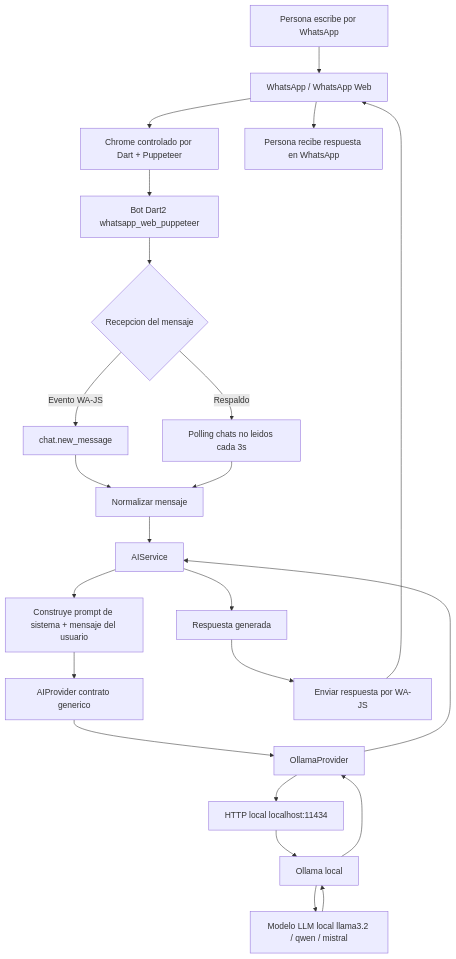
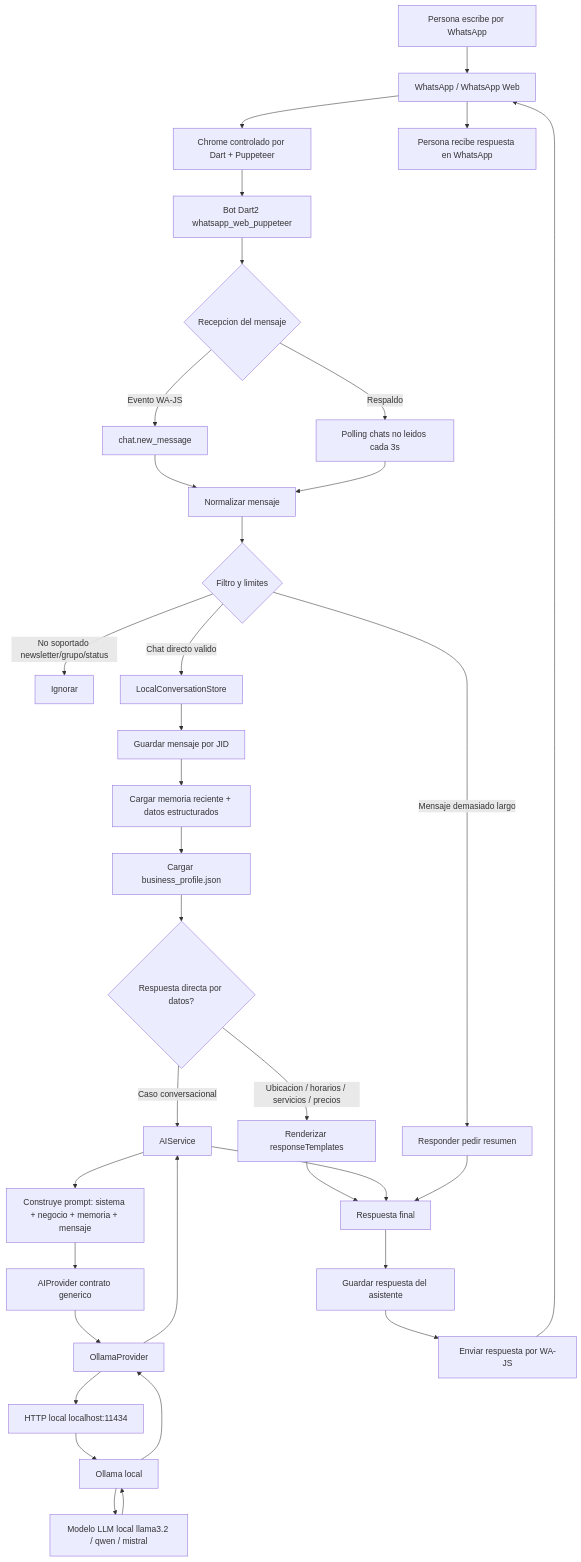
One commit to kei-kusanagi/Bot-Assistant-Workshop changed the first of 3 diagrams in Dart2/DOCS/AI_WHATSAPP_FLOW_DIAGRAM.md. Above: the diagram before and after it, drawn with Mermaid. The commit also changed other lines of this file and 2 other files, not shown here.

First line of the commit message:
docs(dart2): update WhatsApp AI memory diagrams

````diff
--- a/Dart2/DOCS/AI_WHATSAPP_FLOW_DIAGRAM.md
+++ b/Dart2/DOCS/AI_WHATSAPP_FLOW_DIAGRAM.md
@@ -11,28 +11,42 @@
 ```mermaid
 flowchart TD
     A[Persona escribe por WhatsApp] --> B[WhatsApp / WhatsApp Web]
     B --> C[Chrome controlado por Dart + Puppeteer]
     C --> D[Bot Dart2 whatsapp_web_puppeteer]
 
     D --> E{Recepcion del mensaje}
     E -->|Evento WA-JS| F[chat.new_message]
     E -->|Respaldo| G[Polling chats no leidos cada 3s]
     F --> H[Normalizar mensaje]
     G --> H
 
-    H --> I[AIService]
-    I --> J[Construye prompt de sistema + mensaje del usuario]
-    J --> K[AIProvider contrato generico]
-    K --> L[OllamaProvider]
-    L --> M[HTTP local localhost:11434]
-    M --> N[Ollama local]
-    N --> O[Modelo LLM local llama3.2 / qwen / mistral]
-    O --> N
-    N --> L
-    L --> I
+    H --> I{Filtro y limites}
+    I -->|No soportado newsletter/grupo/status| X[Ignorar]
+    I -->|Mensaje demasiado largo| Y[Responder pedir resumen]
+    I -->|Chat directo valido| J[LocalConversationStore]
 
-    I --> P[Respuesta generada]
-    P --> Q[Enviar respuesta por WA-JS]
-    Q --> B
-    B --> R[Persona recibe respuesta en WhatsApp]
+    J --> K[Guardar mensaje por JID]
+    K --> L[Cargar memoria reciente + datos estructurados]
+    L --> M[Cargar business_profile.json]
+    M --> N{Respuesta directa por datos?}
+
+    N -->|Ubicacion / horarios / servicios / precios| O[Renderizar responseTemplates]
+    N -->|Caso conversacional| P[AIService]
+    P --> Q[Construye prompt: sistema + negocio + memoria + mensaje]
+    Q --> R[AIProvider contrato generico]
+    R --> S[OllamaProvider]
+    S --> T[HTTP local localhost:11434]
+    T --> U[Ollama local]
+    U --> V[Modelo LLM local llama3.2 / qwen / mistral]
+    V --> U
+    U --> S
+    S --> P
+
+    O --> W[Respuesta final]
+    P --> W
+    Y --> W
+    W --> Z[Guardar respuesta del asistente]
+    Z --> AA[Enviar respuesta por WA-JS]
+    AA --> B
+    B --> AB[Persona recibe respuesta en WhatsApp]
 ```
````
